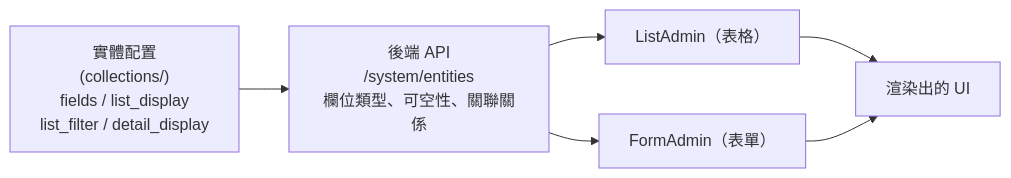
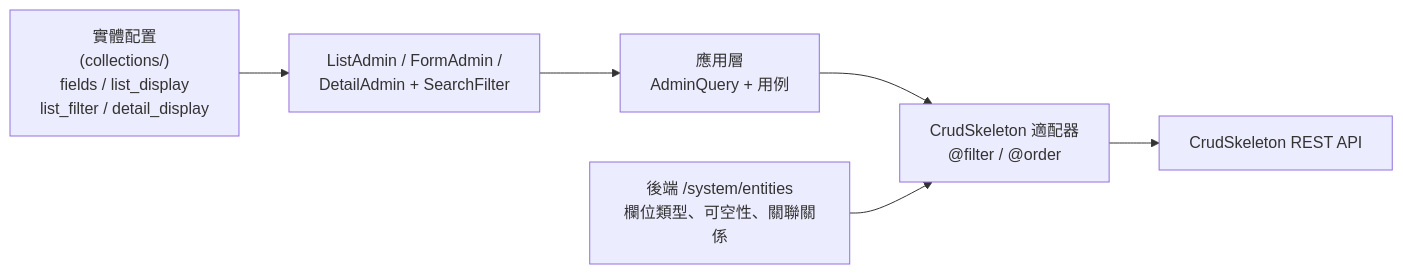
One commit to immane/crud-admin changed the diagram in README.zh-Hant.md. Above: the diagram before and after it, drawn with Mermaid. The commit also changed other lines of this file and 3 other files, not shown here.

First line of the commit message:
docs(README): replace engine diagram and complete structure audit

````diff
--- a/README.zh-Hant.md
+++ b/README.zh-Hant.md
@@ -240,8 +240,8 @@
 ```mermaid
 flowchart LR
-    Config["實體配置<br/>(collections/)<br/>fields / list_display<br/>list_filter / detail_display"] --> Meta["後端 API<br/>/system/entities<br/>欄位類型、可空性、關聯關係"]
-    Meta --> List["ListAdmin（表格）"]
-    Meta --> Form["FormAdmin（表單）"]
-    List --> UI["渲染出的 UI"]
-    Form --> UI
+    Config["實體配置<br/>(collections/)<br/>fields / list_display<br/>list_filter / detail_display"] --> UI["ListAdmin / FormAdmin /<br/>DetailAdmin + SearchFilter"]
+    UI --> Query["應用層<br/>AdminQuery + 用例"]
+    Query --> CSQE["CrudSkeleton 適配器<br/>@filter / @order"]
+    Meta["後端 /system/entities<br/>欄位類型、可空性、關聯關係"] --> CSQE
+    CSQE --> API["CrudSkeleton REST API"]
 ```
````
